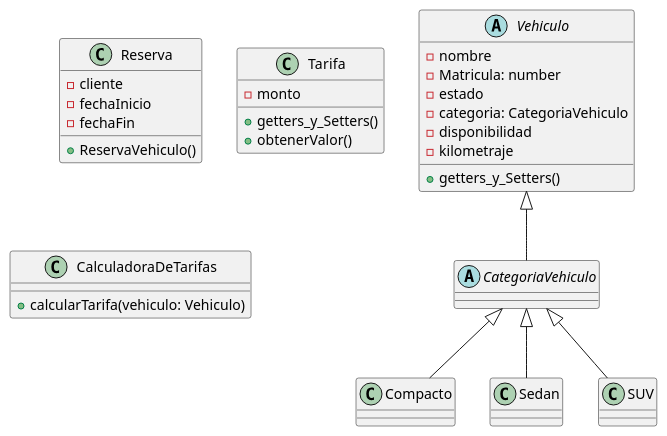
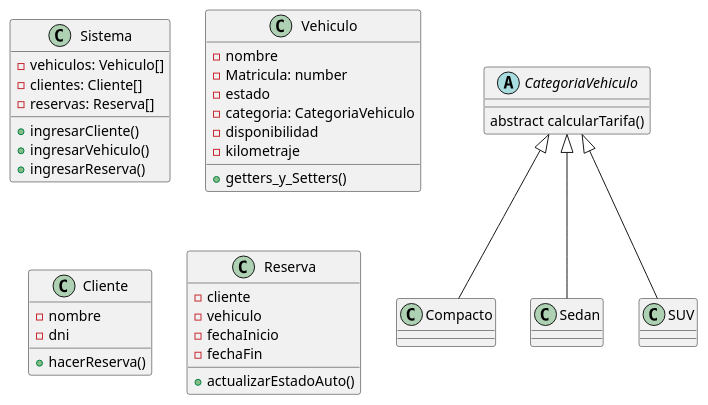
One commit to diegolacosta02/TP-Programacion-II changed the diagram in diagramas/diagrama.puml. Above: the diagram before and after it, drawn with PlantUML. The commit also changed 3 other files, not shown here.

Commit message:
Actualicé diagrama de clases

```diff
--- a/diagramas/diagrama.puml
+++ b/diagramas/diagrama.puml
@@ -1,37 +1,48 @@
 @startuml Trabajo Practico Alquiler de Autos
 
-    abstract class Vehiculo{
+class Sistema {
+    - vehiculos: Vehiculo[]
+    - clientes: Cliente[]
+    - reservas: Reserva[]
+
+    + ingresarCliente()
+    + ingresarVehiculo()
+    + ingresarReserva()
+ 
+}
+
+class Vehiculo{
         - nombre
         - Matricula: number
         - estado
         - categoria: CategoriaVehiculo
         - disponibilidad
         - kilometraje
 
         + getters_y_Setters()
-    }
+}
 
-    abstract class CategoriaVehiculo extends Vehiculo{
-    }
+abstract class CategoriaVehiculo{
+    abstract calcularTarifa()
+}
+class Compacto extends CategoriaVehiculo{}
+class Sedan extends CategoriaVehiculo{}
+class SUV extends CategoriaVehiculo{}
 
-    class Compacto extends CategoriaVehiculo{}
-    class Sedan extends CategoriaVehiculo{}
-    class SUV extends CategoriaVehiculo{}
+class Cliente {
+    - nombre
+    - dni 
 
-    class Reserva{
-        - cliente
-        - fechaInicio
-        - fechaFin
-        + ReservaVehiculo()
-    }
+    + hacerReserva()
+}
 
-    class Tarifa{
-        - monto
-        + getters_y_Setters()
-        + obtenerValor()
-    }
-    class CalculadoraDeTarifas{
-            + calcularTarifa(vehiculo: Vehiculo)
-    }
+class Reserva{
+    - cliente
+    - vehiculo 
+    - fechaInicio
+    - fechaFin
+
+    + actualizarEstadoAuto()
+}
 
 @enduml
```
